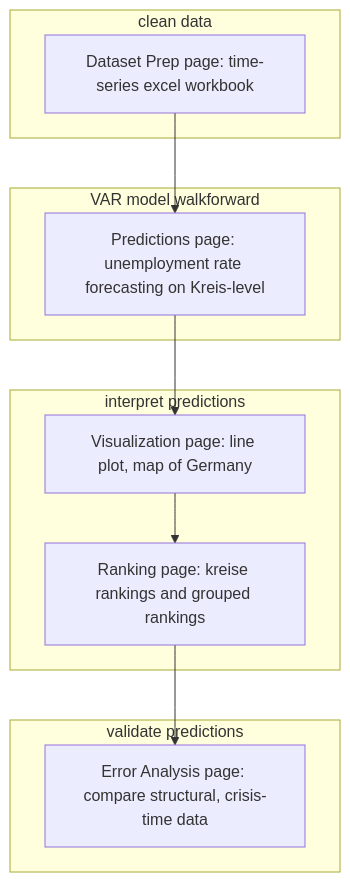
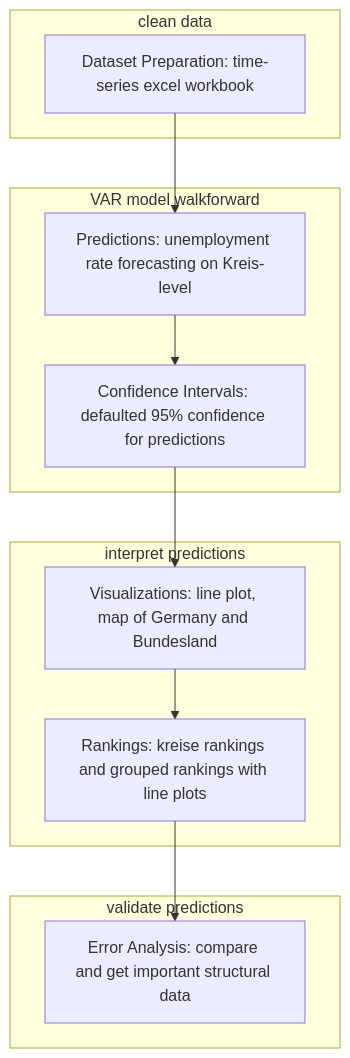
One commit to DSSGxUK/bmwi changed the diagram in documentation-markdown/docs/start/user.md. Above: the diagram before and after it, drawn with Mermaid.

Commit message:
update userworkflow on docs

```diff
--- a/documentation-markdown/docs/start/user.md
+++ b/documentation-markdown/docs/start/user.md
@@ -15,27 +15,28 @@
 <div class="mermaid">
 graph TD
     subgraph clean data
-        A[Dataset Prep page: time-series excel workbook]
+        A[Dataset Preparation: time-series excel workbook]
     end
     subgraph VAR model walkforward
-        B[Predictions page: unemployment rate forecasting on Kreis-level]
+        B[Predictions: unemployment rate forecasting on Kreis-level]
+        C[Confidence Intervals: defaulted 95% confidence for predictions]
     end
     subgraph interpret predictions
-        D[Visualization page: line plot, map of Germany]
-        E[Ranking page: kreise rankings and grouped rankings]
+        D[Visualizations: line plot, map of Germany and Bundesland]
+        E[Rankings: kreise rankings and grouped rankings with line plots]
     end
     subgraph validate predictions
-        F[Error Analysis page: compare structural, crisis-time data]
+        F[Error Analysis: compare and get important structural data]
     end
     A --> B
+    B --> C
+    C --> D
     D --> E
-
-    B --> D
     E --> F
 
     click A "../../steps/data_prep/"
     click B "../../steps/model/#fit-model-and-export-predictions"
     click D "../../steps/visualizations/"
     click E "../../steps/rankings/"
     click F "../../steps/error/"
 </div>
```
